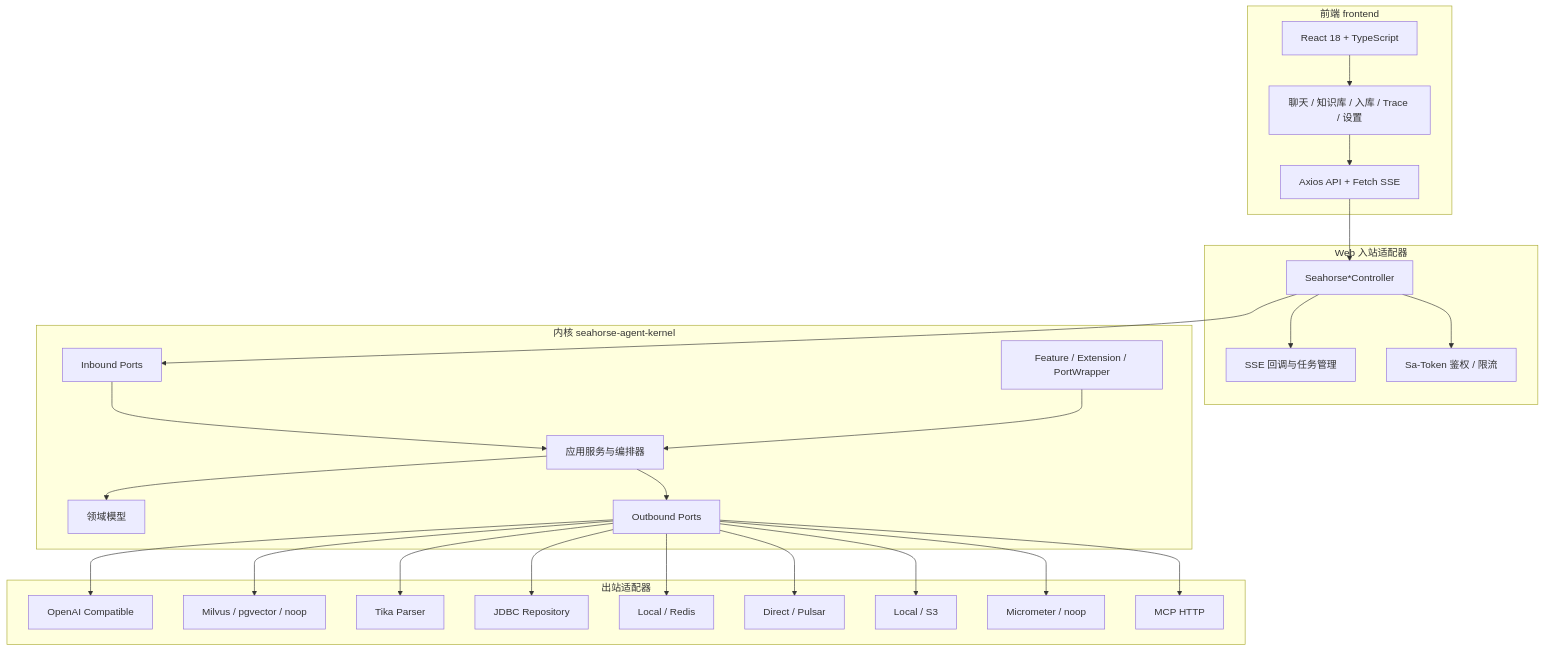
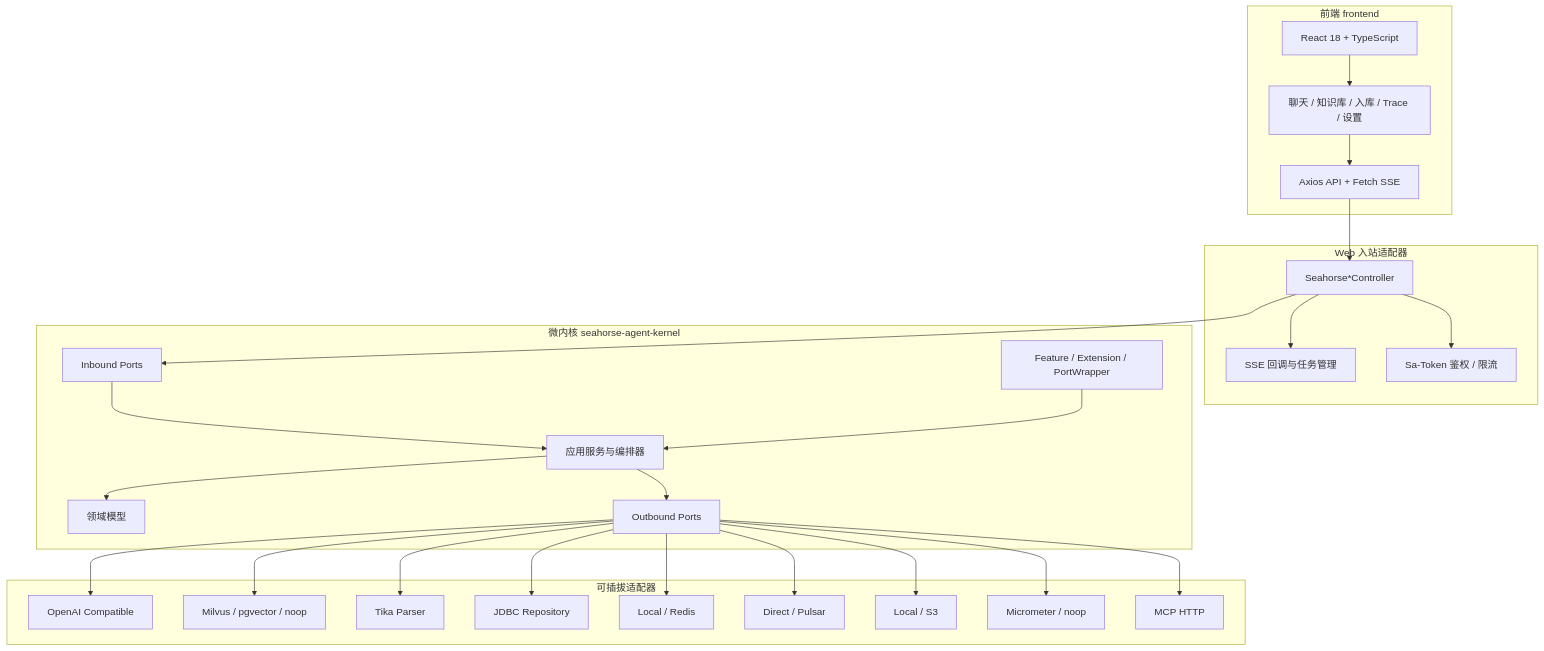
Before and after one commit to onceMisery/seahorse-agent: the first of 7 diagrams in README.md, drawn with Mermaid. The commit also changed other lines of this file, not shown here.

````diff
--- a/README.md
+++ b/README.md
@@ -65,52 +78,52 @@
 ```mermaid
 graph TB
     subgraph FE["前端 frontend"]
         React["React 18 + TypeScript"]
         Pages["聊天 / 知识库 / 入库 / Trace / 设置"]
         Api["Axios API + Fetch SSE"]
         React --> Pages --> Api
     end
 
     subgraph Web["Web 入站适配器"]
         Controllers["Seahorse*Controller"]
         SSE["SSE 回调与任务管理"]
         Security["Sa-Token 鉴权 / 限流"]
     end
 
-    subgraph Kernel["内核 seahorse-agent-kernel"]
+    subgraph Kernel["微内核 seahorse-agent-kernel"]
         Inbound["Inbound Ports"]
         Services["应用服务与编排器"]
         Domain["领域模型"]
         Outbound["Outbound Ports"]
         Plugins["Feature / Extension / PortWrapper"]
         Inbound --> Services --> Domain
         Services --> Outbound
         Plugins --> Services
     end
 
-    subgraph Adapters["出站适配器"]
+    subgraph Adapters["可插拔适配器"]
         AI["OpenAI Compatible"]
         Vector["Milvus / pgvector / noop"]
         Parser["Tika Parser"]
         Repo["JDBC Repository"]
         Cache["Local / Redis"]
         MQ["Direct / Pulsar"]
         Storage["Local / S3"]
         Obs["Micrometer / noop"]
         MCP["MCP HTTP"]
     end
 
     Api --> Controllers
     Controllers --> SSE
     Controllers --> Security
     Controllers --> Inbound
     Outbound --> AI
     Outbound --> Vector
     Outbound --> Parser
     Outbound --> Repo
     Outbound --> Cache
     Outbound --> MQ
     Outbound --> Storage
     Outbound --> Obs
     Outbound --> MCP
 ```
````
